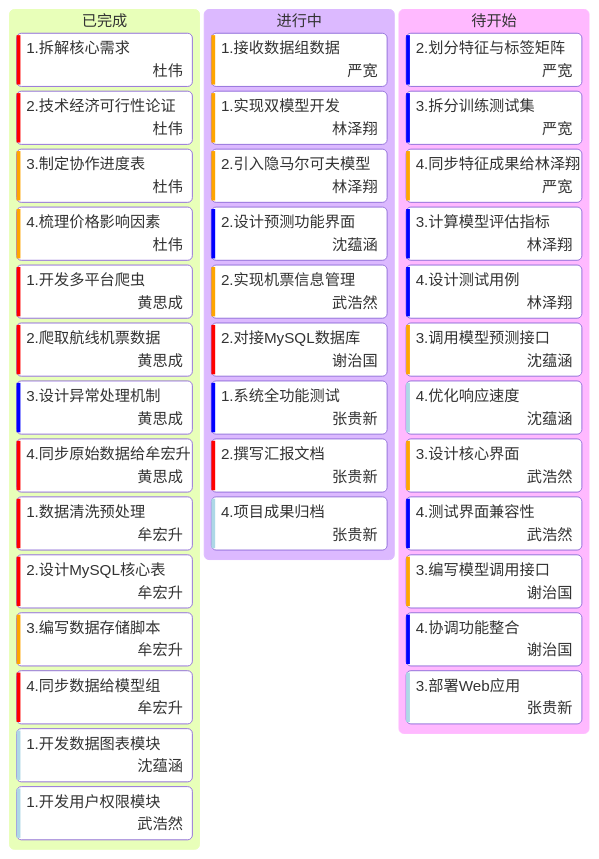
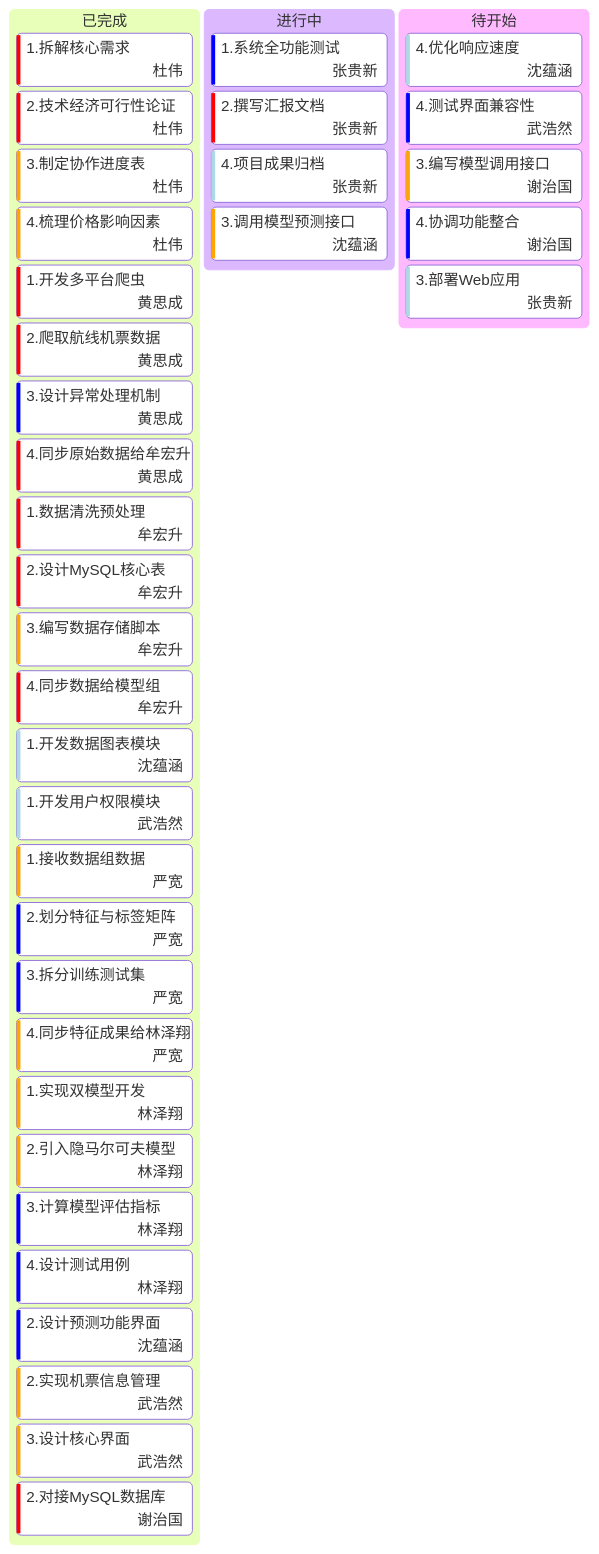
The diagram in 软件过程管理课程汇报V2.0/软件过程管理课程汇报/当前进度.md (syh-oss/AirTicketPriceForecast), drawn with Mermaid before and after one commit. The commit also changed 15 other files, not shown here.

````diff
--- a/软件过程管理课程汇报V2.0/软件过程管理课程汇报/当前进度.md
+++ b/软件过程管理课程汇报V2.0/软件过程管理课程汇报/当前进度.md
@@ -1,43 +1,44 @@
 ```mermaid
 kanban
     已完成
         1.拆解核心需求@{assigned: '杜伟',priority: 'Very High'} 
         2.技术经济可行性论证@{assigned: '杜伟',priority: 'Very High'}  
         3.制定协作进度表@{assigned: '杜伟',priority: 'High'}    
         4.梳理价格影响因素@{assigned: '杜伟',priority: 'High'} 
         1.开发多平台爬虫@{assigned: '黄思成',priority: 'Very High'}   
         2.爬取航线机票数据@{assigned: '黄思成',priority: 'Very High'} 
         3.设计异常处理机制@{assigned: '黄思成',priority: 'Low'} 
         4.同步原始数据给牟宏升@{assigned: '黄思成',priority: 'Very High'}          
         1.数据清洗预处理@{assigned: '牟宏升',priority: 'Very High'}   
         2.设计MySQL核心表@{assigned: '牟宏升',priority: 'Very High'}  
         3.编写数据存储脚本@{assigned: '牟宏升',priority: 'High'} 
         4.同步数据给模型组@{assigned: '牟宏升',priority: 'Very High'} 
         1.开发数据图表模块@{assigned: '沈蕴涵',priority: 'Very Low'}   
         1.开发用户权限模块@{assigned: '武浩然',priority: 'Very Low'}   
+        1.接收数据组数据@{assigned: '严宽',priority: 'High'}
+        2.划分特征与标签矩阵@{assigned: '严宽',priority: 'Low'}  
+        3.拆分训练测试集@{assigned: '严宽',priority: 'Low'}      
+        4.同步特征成果给林泽翔@{assigned: '严宽',priority: 'High'}
+        1.实现双模型开发@{assigned: '林泽翔',priority: 'High'}  
+        2.引入隐马尔可夫模型@{assigned: '林泽翔',priority: 'High'}
+        3.计算模型评估指标@{assigned: '林泽翔',priority: 'Low'}
+        4.设计测试用例@{assigned: '林泽翔',priority: 'Low'}    
+        2.设计预测功能界面@{assigned: '沈蕴涵',priority: 'Low'}
+        2.实现机票信息管理@{assigned: '武浩然',priority: 'High'}
+        3.设计核心界面@{assigned: '武浩然',priority: 'High'} 
+        2.对接MySQL数据库@{assigned: '谢治国',priority: 'Very High'}
 
     进行中
-        1.接收数据组数据@{assigned: '严宽',priority: 'High'}
-        1.实现双模型开发@{assigned: '林泽翔',priority: 'High'}  
-        2.引入隐马尔可夫模型@{assigned: '林泽翔',priority: 'High'}
-        2.设计预测功能界面@{assigned: '沈蕴涵',priority: 'Low'}
-        2.实现机票信息管理@{assigned: '武浩然',priority: 'High'}
-        2.对接MySQL数据库@{assigned: '谢治国',priority: 'Very High'}
+        
         1.系统全功能测试@{assigned: '张贵新',priority: 'Low'}
         2.撰写汇报文档@{assigned: '张贵新',priority: 'Very High'}
         4.项目成果归档 @{assigned: '张贵新',priority: 'Very Low'} 
+        3.调用模型预测接口@{assigned: '沈蕴涵',priority: 'High'}
 
     待开始
-        2.划分特征与标签矩阵@{assigned: '严宽',priority: 'Low'}  
-        3.拆分训练测试集@{assigned: '严宽',priority: 'Low'}      
-        4.同步特征成果给林泽翔@{assigned: '严宽',priority: 'High'}
-        3.计算模型评估指标@{assigned: '林泽翔',priority: 'Low'}
-        4.设计测试用例@{assigned: '林泽翔',priority: 'Low'}    
-        3.调用模型预测接口@{assigned: '沈蕴涵',priority: 'High'}
         4.优化响应速度@{assigned: '沈蕴涵',priority: 'Very Low'}  
-        3.设计核心界面@{assigned: '武浩然',priority: 'High'} 
         4.测试界面兼容性@{assigned: '武浩然',priority: 'Low'}
         3.编写模型调用接口@{assigned: '谢治国',priority: 'High'}
         4.协调功能整合@{assigned: '谢治国',priority: 'Low'} 
         3.部署Web应用@{assigned: '张贵新',priority: 'Very Low'} 
 ```
````
